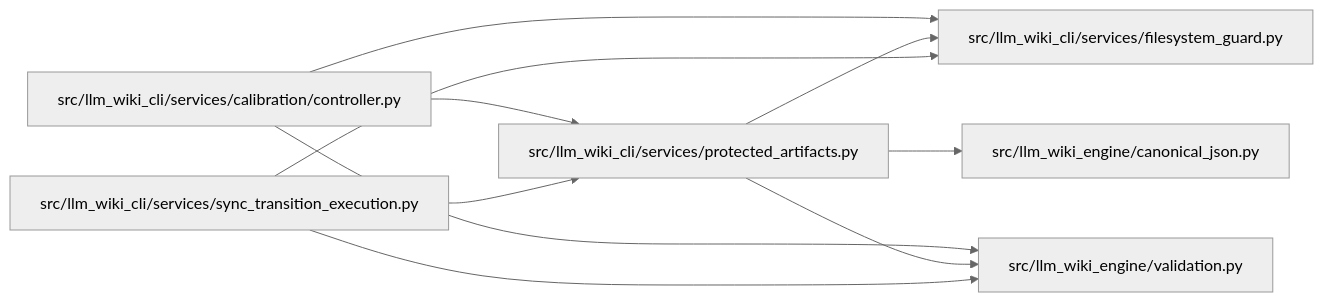
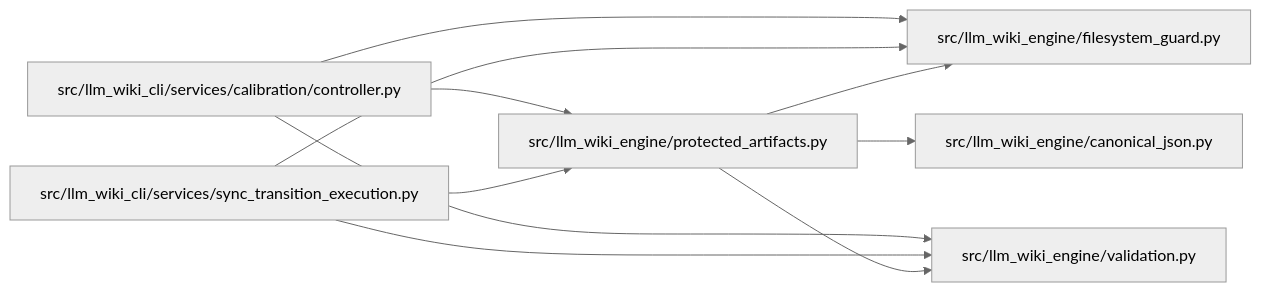
The diagram in docs/llm_wiki/modules/protected_artifacts.md (Denissvgn/python-wiki-llm), drawn with Mermaid (neutral theme) before and after one commit. The commit also changed other lines of this file and 739 other files, not shown here.

First line of the commit message:
docs: refresh the wiki for the second engine batch

````diff
--- a/docs/llm_wiki/modules/protected_artifacts.md
+++ b/docs/llm_wiki/modules/protected_artifacts.md
@@ -46,24 +46,24 @@
 ```mermaid
 flowchart LR
     n0["src/llm_wiki_cli/services/calibration/controller.py"]
-    n1["src/llm_wiki_cli/services/filesystem_guard.py"]
-    n2["src/llm_wiki_cli/services/protected_artifacts.py"]
-    n3["src/llm_wiki_cli/services/sync_transition_execution.py"]
-    n4["src/llm_wiki_engine/canonical_json.py"]
+    n1["src/llm_wiki_cli/services/sync_transition_execution.py"]
+    n2["src/llm_wiki_engine/canonical_json.py"]
+    n3["src/llm_wiki_engine/filesystem_guard.py"]
+    n4["src/llm_wiki_engine/protected_artifacts.py"]
     n5["src/llm_wiki_engine/validation.py"]
-    n0 --> n1
-    n0 --> n2
+    n0 --> n3
+    n0 --> n4
     n0 --> n5
-    n2 --> n1
-    n2 --> n4
-    n2 --> n5
-    n3 --> n1
-    n3 --> n2
-    n3 --> n5
+    n1 --> n3
+    n1 --> n4
+    n1 --> n5
+    n4 --> n2
+    n4 --> n3
+    n4 --> n5
     click n0 "../modules/controller.md"
-    click n1 "../modules/filesystem_guard.md"
-    click n2 "../modules/protected_artifacts.md"
-    click n3 "../modules/sync_transition_execution.md"
-    click n4 "../modules/canonical_json.md"
+    click n1 "../modules/sync_transition_execution.md"
+    click n2 "../modules/canonical_json.md"
+    click n3 "../modules/filesystem_guard.md"
+    click n4 "../modules/protected_artifacts.md"
     click n5 "../modules/validation.md"
 ```
````
